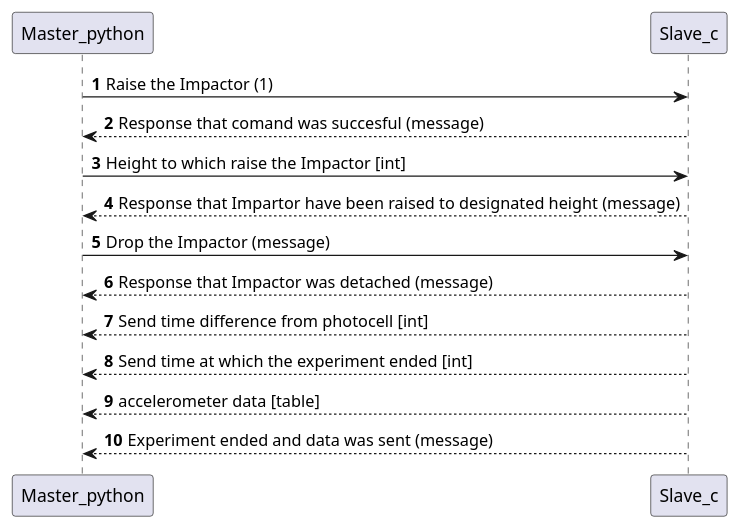
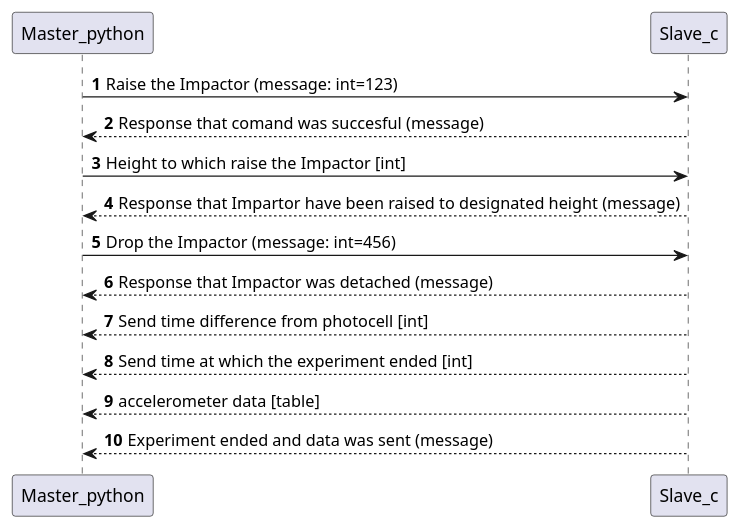
One commit to OlaffoJaszczur/Test_rig_for_impact changed the diagram in puml/Master_slave.puml. Above: the diagram before and after it, drawn with PlantUML. The commit also changed 6 other files, not shown here.

```diff
--- a/puml/Master_slave.puml
+++ b/puml/Master_slave.puml
@@ -1,19 +1,19 @@
 @startuml
 'https://plantuml.com/sequence-diagram
 
 autonumber
-Master_python -> Slave_c: Raise the Impactor (1)
+Master_python -> Slave_c: Raise the Impactor (message: int=123)
 Slave_c --> Master_python: Response that comand was succesful (message)
 
 Master_python -> Slave_c: Height to which raise the Impactor [int]
 Slave_c --> Master_python: Response that Impartor have been raised to designated height (message)
 
-Master_python -> Slave_c: Drop the Impactor (message)
+Master_python -> Slave_c: Drop the Impactor (message: int=456)
 Slave_c --> Master_python: Response that Impactor was detached (message)
 
 Slave_c --> Master_python: Send time difference from photocell [int]
 Slave_c --> Master_python: Send time at which the experiment ended [int]
 Slave_c --> Master_python: accelerometer data [table]
 
 Slave_c --> Master_python: Experiment ended and data was sent (message)
 @enduml
```
